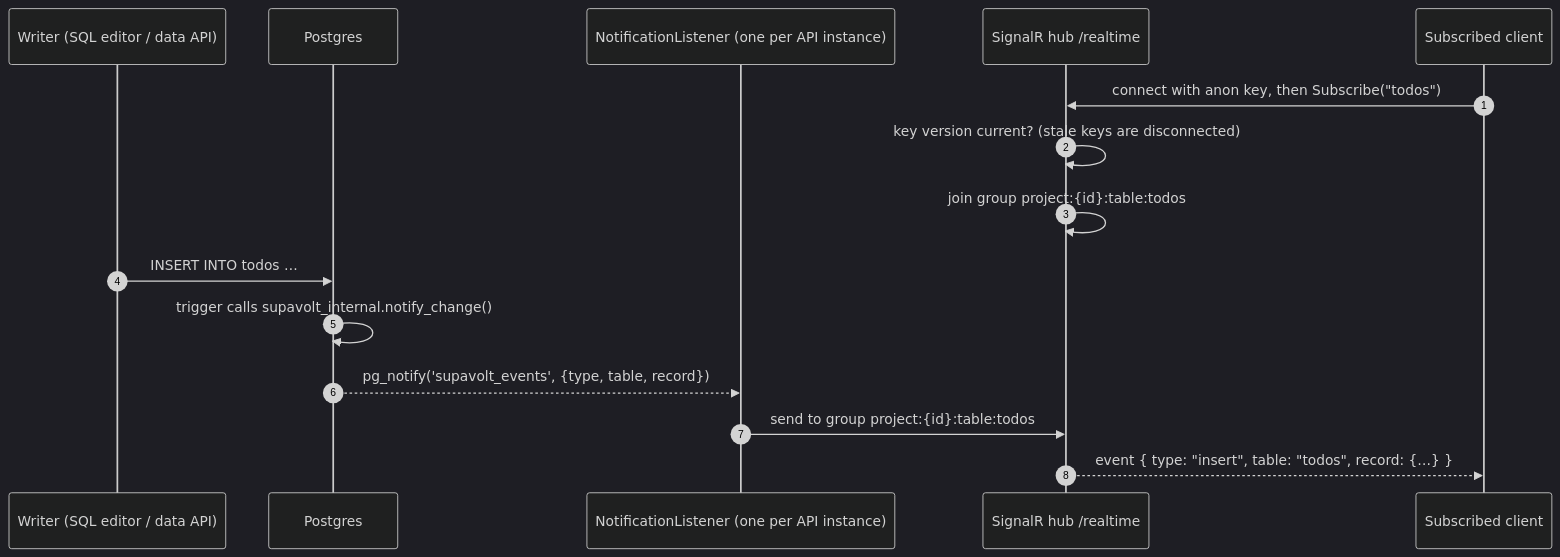
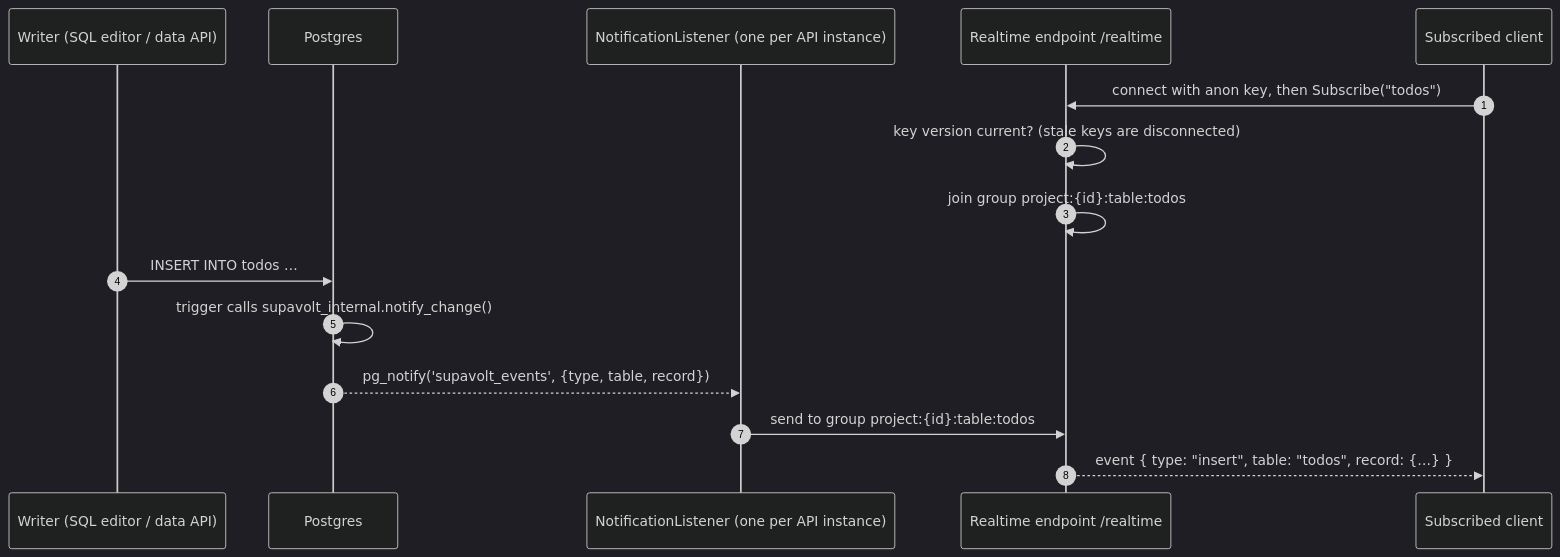
The ninth of 12 diagrams in README.md (Ridzzz0Alam/supavolt), drawn with Mermaid (dark theme) before and after one commit. The commit also changed other lines of this file and 8 other files, not shown here.

````diff
--- a/README.md
+++ b/README.md
@@ -485,18 +462,18 @@
 ```mermaid
 sequenceDiagram
     autonumber
     participant W as Writer (SQL editor / data API)
     participant PG as Postgres
     participant L as NotificationListener (one per API instance)
-    participant H as SignalR hub /realtime
+    participant H as Realtime endpoint /realtime
     participant C as Subscribed client
 
     C->>H: connect with anon key, then Subscribe("todos")
     H->>H: key version current? (stale keys are disconnected)
     H->>H: join group project:{id}:table:todos
     W->>PG: INSERT INTO todos …
     PG->>PG: trigger calls supavolt_internal.notify_change()
     PG-->>L: pg_notify('supavolt_events', {type, table, record})
     L->>H: send to group project:{id}:table:todos
     H-->>C: event { type: "insert", table: "todos", record: {…} }
 ```
````
